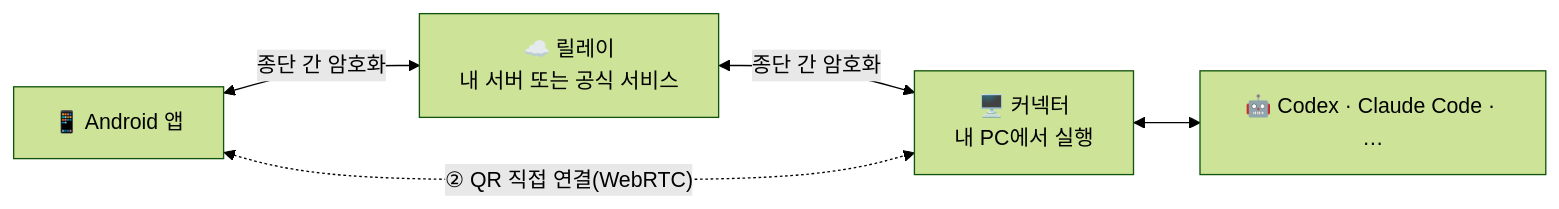
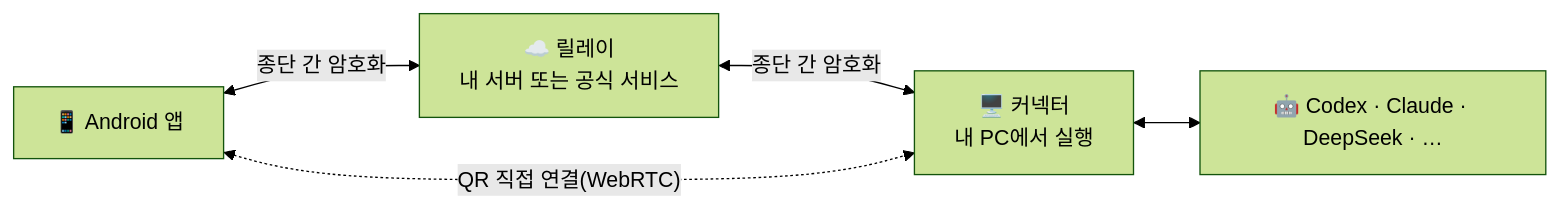
One commit to khscience/khlink changed the diagram in README.ko.md. Above: the diagram before and after it, drawn with Mermaid (forest theme). The commit also changed other lines of this file and 36 other files, not shown here.

````diff
--- a/README.ko.md
+++ b/README.ko.md
@@ -179,7 +165,7 @@
 ```mermaid
 flowchart LR
     phone["📱 Android 앱"] <-->|"종단 간 암호화"| relay["☁️ 릴레이<br/>내 서버 또는 공식 서비스"]
     relay <-->|"종단 간 암호화"| pc["🖥️ 커넥터<br/>내 PC에서 실행"]
-    phone <-.->|"② QR 직접 연결(WebRTC)"| pc
-    pc <--> agents["🤖 Codex · Claude Code · …"]
+    phone <-.->|"QR 직접 연결(WebRTC)"| pc
+    pc <--> agents["🤖 Codex · Claude · DeepSeek · …"]
 ```
````
